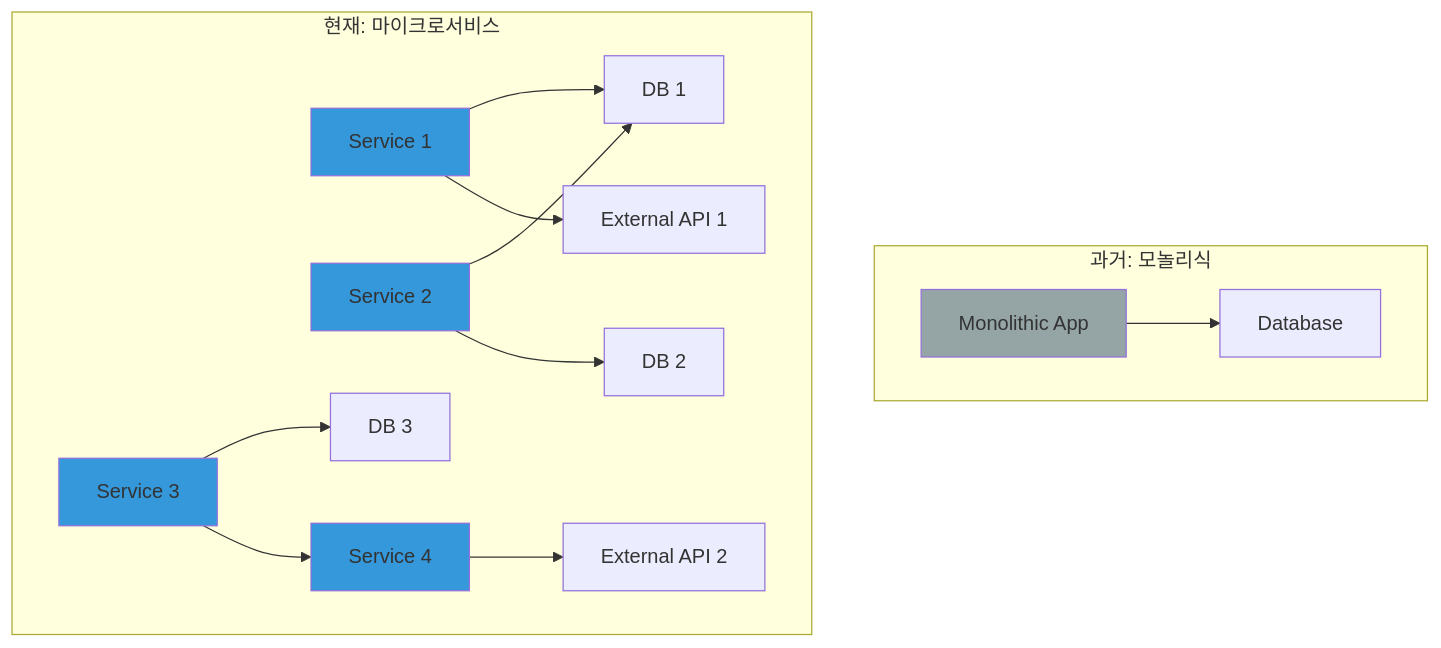
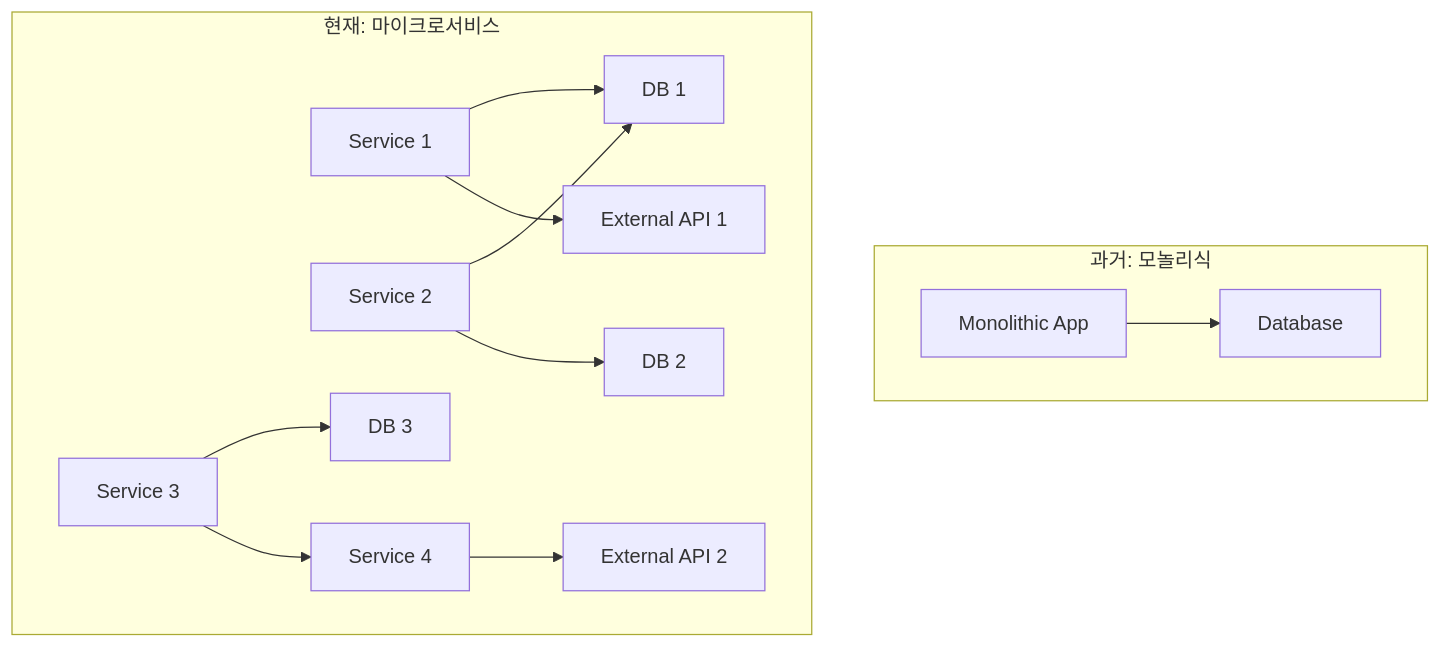
One commit to juwon8891/juwon8891.github.io changed the first of 12 diagrams in docs/cicd/week7-vault-secrets.md. Above: the diagram before and after it, drawn with Mermaid. The commit also changed other lines of this file and 18 other files, not shown here.

Commit message:
Remove bright colors from Mermaid diagrams for dark mode compatibility

````diff
--- a/docs/cicd/week7-vault-secrets.md
+++ b/docs/cicd/week7-vault-secrets.md
@@ -73,34 +73,29 @@
 ```mermaid
 graph TB
     subgraph "과거: 모놀리식"
         M[Monolithic App]
         DB1[Database]
         M --> DB1
     end
 
     subgraph "현재: 마이크로서비스"
         MS1[Service 1]
         MS2[Service 2]
         MS3[Service 3]
         MS4[Service 4]
         DB2[DB 1]
         DB3[DB 2]
         DB4[DB 3]
         API1[External API 1]
         API2[External API 2]
 
         MS1 --> DB2
         MS2 --> DB2
         MS2 --> DB3
         MS3 --> DB4
         MS1 --> API1
         MS4 --> API2
         MS3 --> MS4
     end
 
-    style M fill:#95a5a6
-    style MS1 fill:#3498db
-    style MS2 fill:#3498db
-    style MS3 fill:#3498db
-    style MS4 fill:#3498db
 ```
````
